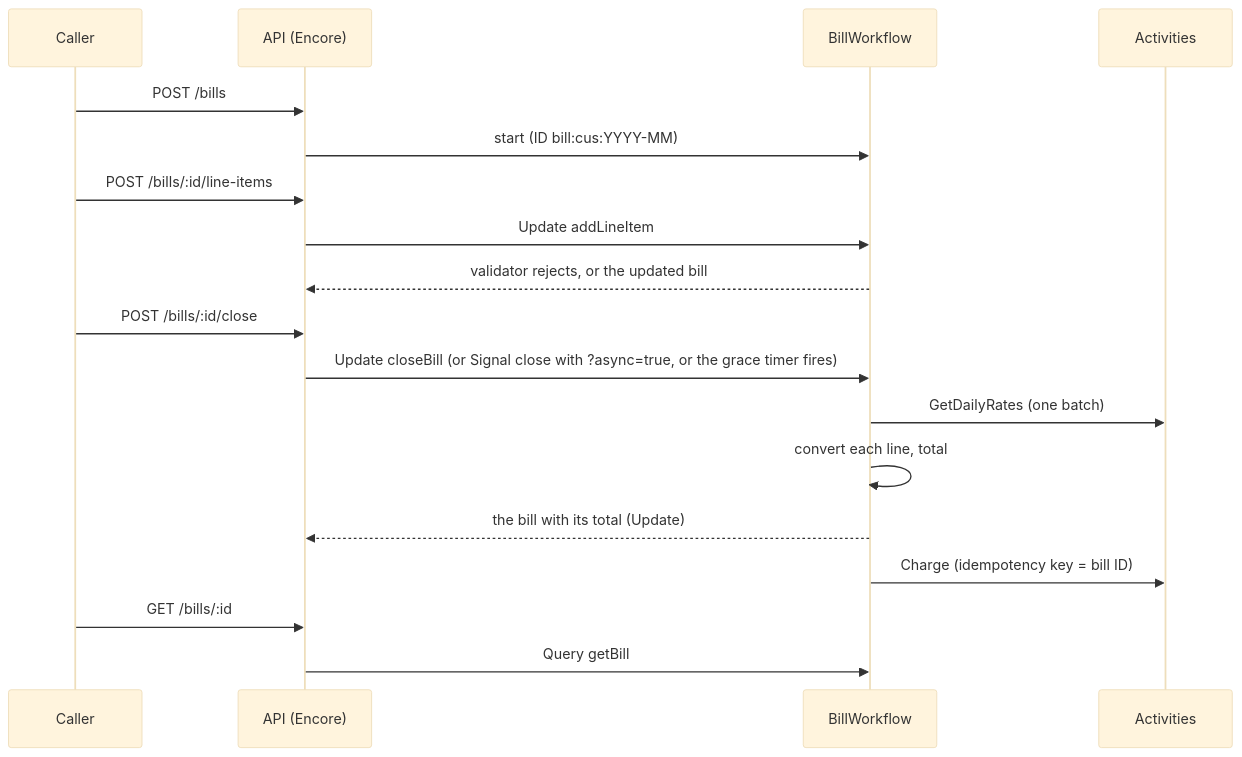
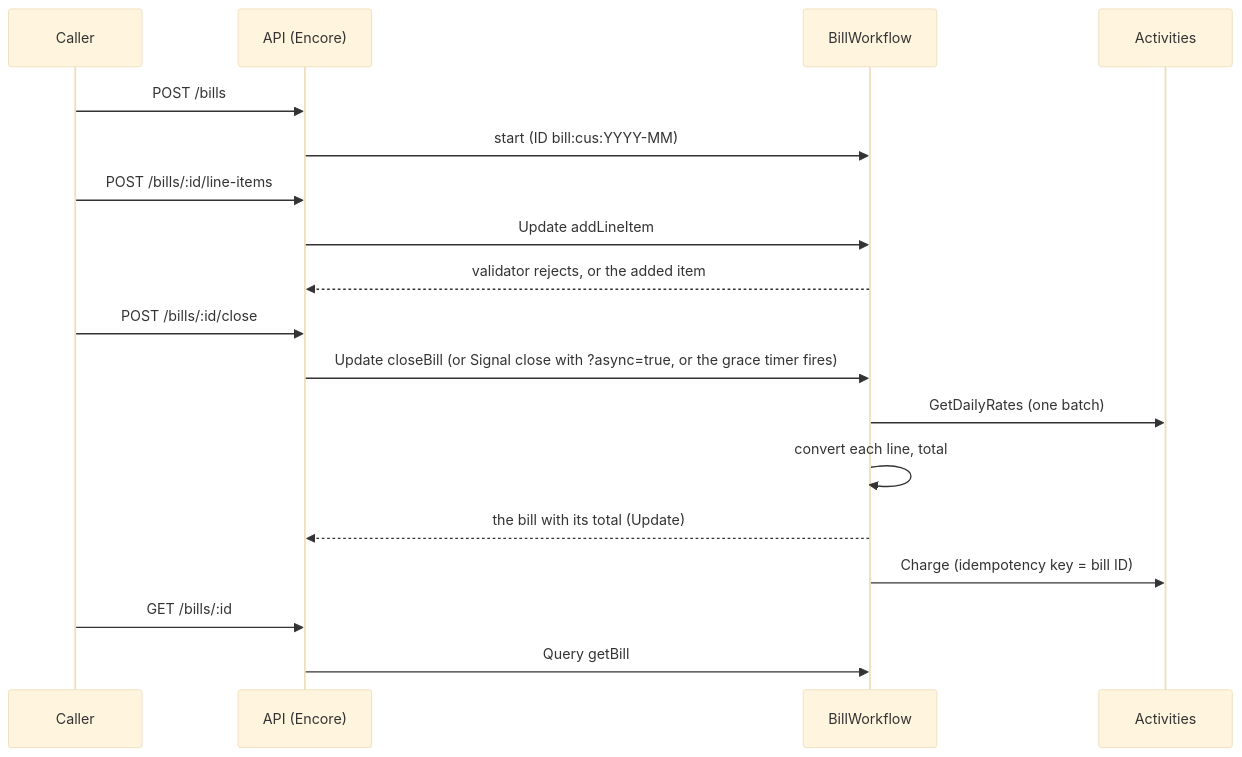
One commit to rauf/fees-service changed the diagram in README.md. Above: the diagram before and after it, drawn with Mermaid (base theme). The commit also changed other lines of this file and 10 other files, not shown here.

````diff
--- a/README.md
+++ b/README.md
@@ -85,20 +86,20 @@
 ```mermaid
 sequenceDiagram
     participant C as Caller
     participant A as API (Encore)
     participant W as BillWorkflow
     participant X as Activities
     C->>A: POST /bills
     A->>W: start (ID bill:cus:YYYY-MM)
     C->>A: POST /bills/:id/line-items
     A->>W: Update addLineItem
-    W-->>A: validator rejects, or the updated bill
+    W-->>A: validator rejects, or the added item
     C->>A: POST /bills/:id/close
     A->>W: Update closeBill (or Signal close with ?async=true, or the grace timer fires)
     W->>X: GetDailyRates (one batch)
     W->>W: convert each line, total
     W-->>A: the bill with its total (Update)
     W->>X: Charge (idempotency key = bill ID)
     C->>A: GET /bills/:id
     A->>W: Query getBill
 ```
````
